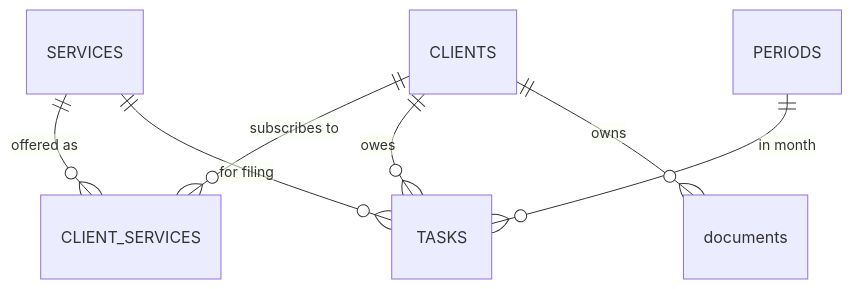
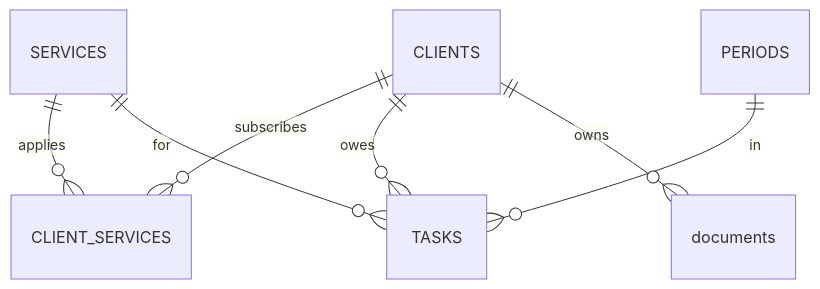
The diagram in docs/database-design.md (nikhilshastry2003/taxdesk-ai), drawn with Mermaid before and after one commit. The commit also changed other lines of this file, not shown here.

````diff
--- a/docs/database-design.md
+++ b/docs/database-design.md
@@ -16,9 +15,9 @@
 ```mermaid
 erDiagram
-    CLIENTS ||--o{ CLIENT_SERVICES : "subscribes to"
-    SERVICES ||--o{ CLIENT_SERVICES : "offered as"
+    CLIENTS ||--o{ CLIENT_SERVICES : "subscribes"
+    SERVICES ||--o{ CLIENT_SERVICES : "applies"
     CLIENTS ||--o{ TASKS : "owes"
-    SERVICES ||--o{ TASKS : "for filing"
-    PERIODS ||--o{ TASKS : "in month"
+    SERVICES ||--o{ TASKS : "for"
+    PERIODS ||--o{ TASKS : "in"
     CLIENTS ||--o{ documents : "owns"
 ```
````
